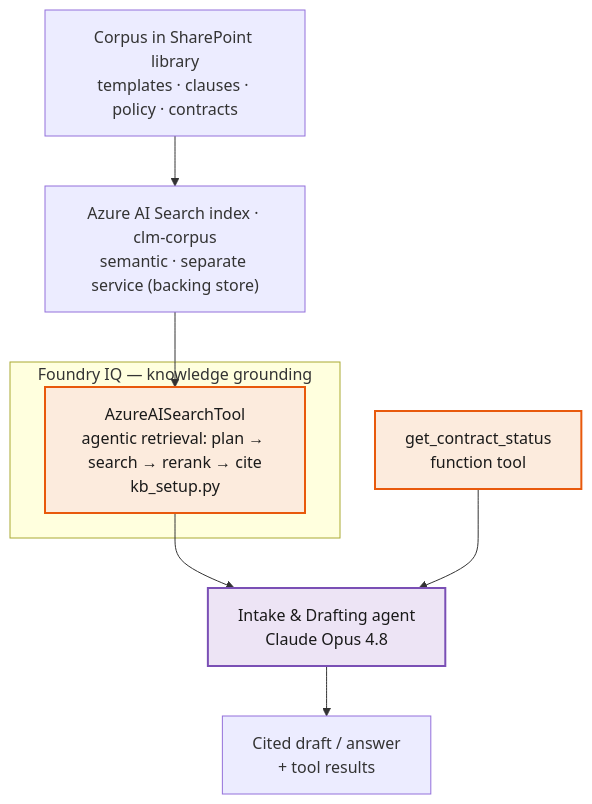
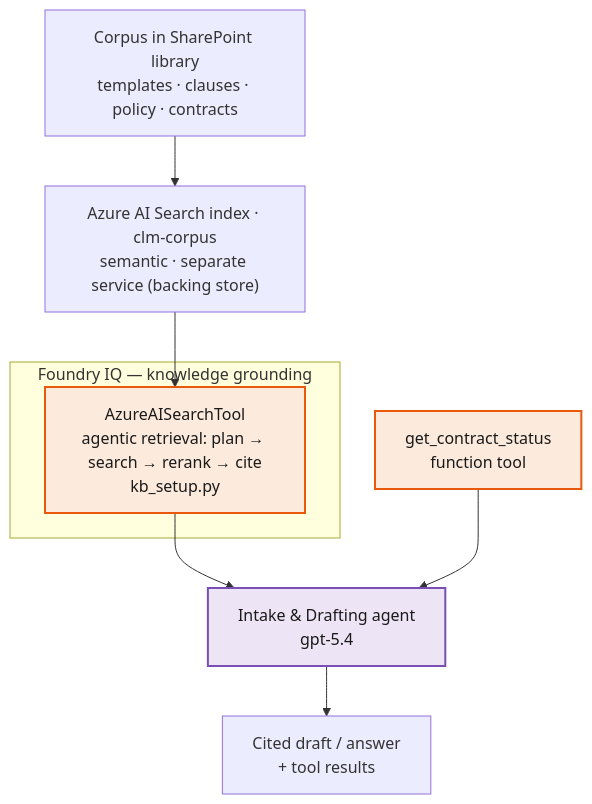
The diagram in 03-Azure/01-04-AI/04_Agentic_Contract_Lifecycle_Management/challenges/challenge-02.md (microsoft/MicroHack), drawn with Mermaid before and after one commit. The commit also changed other lines of this file and 42 other files, not shown here.

First line of the commit message:
Update CLM MicroHack model fleet: drop Claude, add gpt-4.1-mini renewal

````diff
--- a/03-Azure/01-04-AI/04_Agentic_Contract_Lifecycle_Management/challenges/challenge-02.md
+++ b/03-Azure/01-04-AI/04_Agentic_Contract_Lifecycle_Management/challenges/challenge-02.md
@@ -61,14 +61,14 @@
 ```mermaid
 flowchart TB
   A["Corpus in SharePoint library<br/>templates · clauses · policy · contracts"] --> B["Azure AI Search index · clm-corpus<br/>semantic · separate service (backing store)"]
   B --> D
   subgraph IQ["Foundry IQ — knowledge grounding"]
     D["AzureAISearchTool<br/>agentic retrieval: plan → search → rerank → cite<br/>kb_setup.py"]
   end
-  D --> E["Intake &amp; Drafting agent<br/>Claude Opus 4.8"]
+  D --> E["Intake &amp; Drafting agent<br/>gpt-5.4"]
   F["get_contract_status<br/>function tool"] --> E
   E --> G["Cited draft / answer<br/>+ tool results"]
   style D fill:#FCEBDD,stroke:#E8590C,stroke-width:2px,color:#1A1A1A
   style E fill:#EDE4F5,stroke:#7A4FB5,stroke-width:2px,color:#1A1A1A
   style F fill:#FCEBDD,stroke:#E8590C,stroke-width:2px,color:#1A1A1A
 ```
````
